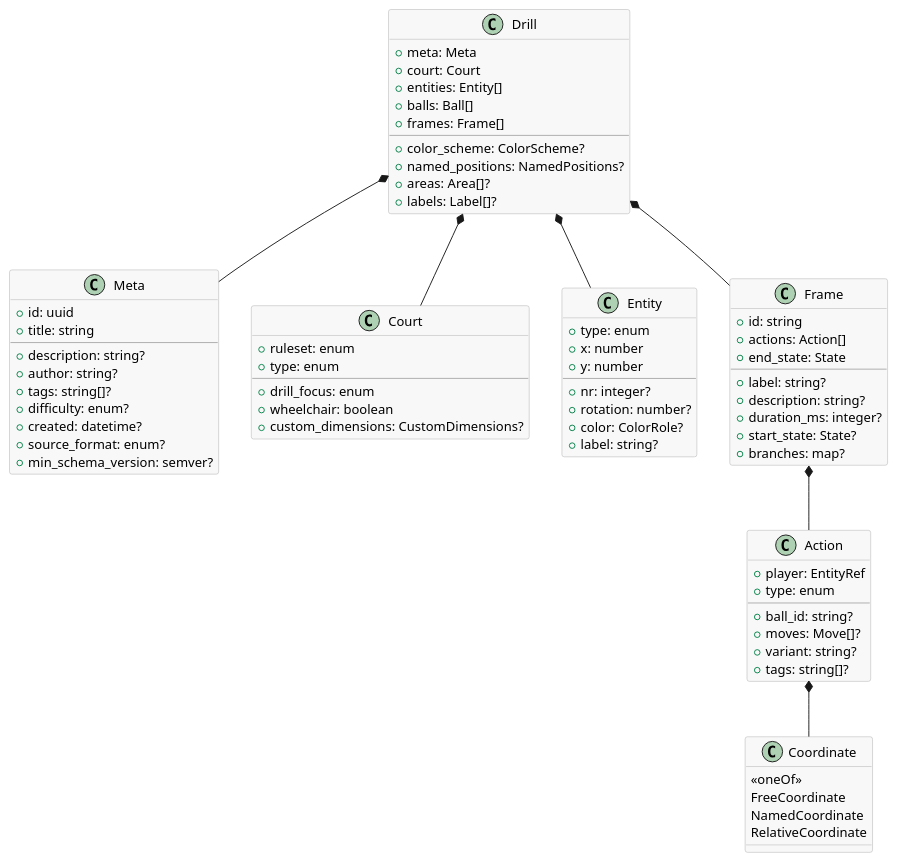
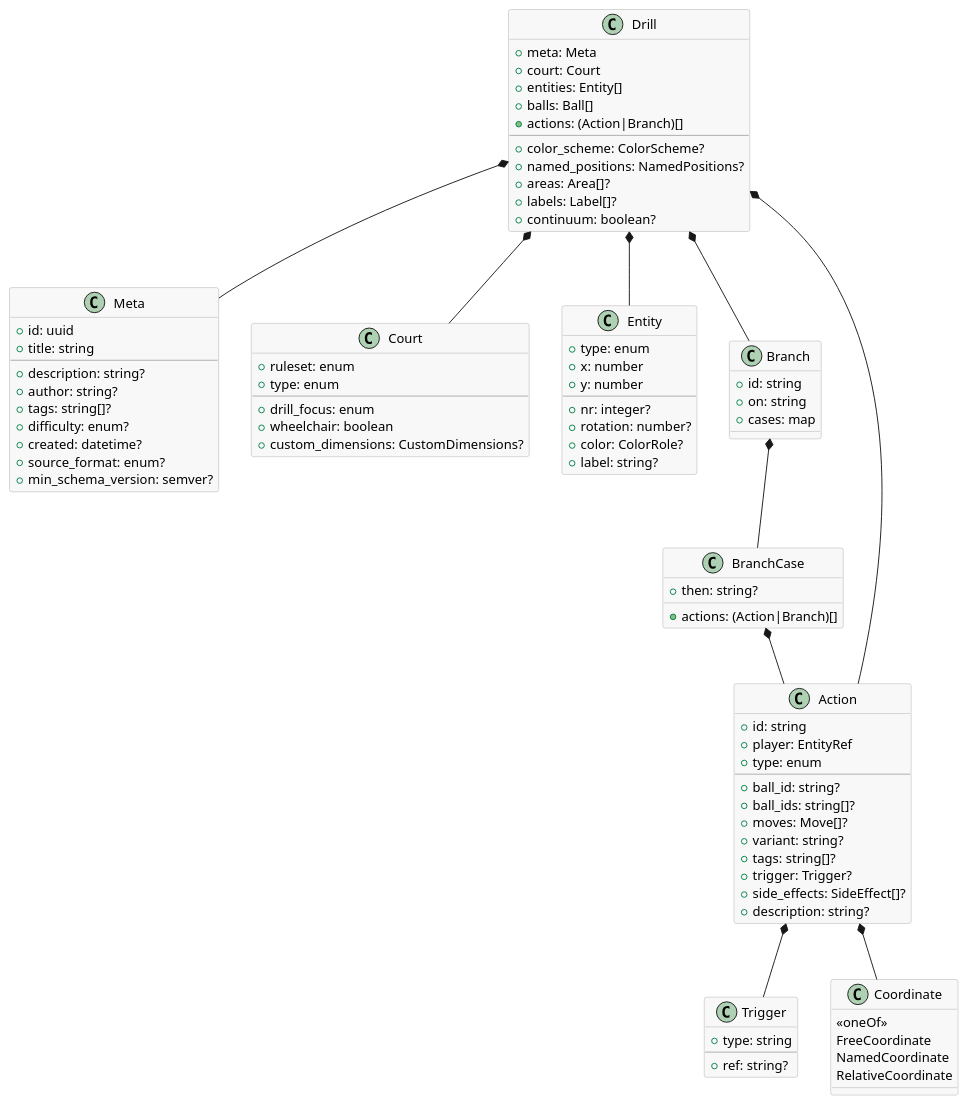
One commit to opencoachingformat/spec changed the first of 2 diagrams in docs/specification-v1.adoc. Above: the diagram before and after it, drawn with PlantUML. The commit also changed other lines of this file, not shown here.

First line of the commit message:
docs: update specification-v1.adoc for the frame-less action model (v2.0.0)

```diff
--- a/docs/specification-v1.adoc
+++ b/docs/specification-v1.adoc
@@ -1180,12 +1219,13 @@
   +court: Court
   +entities: Entity[]
   +balls: Ball[]
-  +frames: Frame[]
+  +actions: (Action|Branch)[]
   --
   +color_scheme: ColorScheme?
   +named_positions: NamedPositions?
   +areas: Area[]?
   +labels: Label[]?
+  +continuum: boolean?
 }
 
 class Meta {
@@ -1221,26 +1261,36 @@
   +label: string?
 }
 
-class Frame {
+class Branch {
   +id: string
-  +actions: Action[]
-  +end_state: State
-  --
-  +label: string?
-  +description: string?
-  +duration_ms: integer?
-  +start_state: State?
-  +branches: map?
+  +on: string
+  +cases: map
+}
+
+class BranchCase {
+  +actions: (Action|Branch)[]
+  +then: string?
 }
 
 class Action {
+  +id: string
   +player: EntityRef
   +type: enum
   --
   +ball_id: string?
+  +ball_ids: string[]?
   +moves: Move[]?
   +variant: string?
   +tags: string[]?
+  +trigger: Trigger?
+  +side_effects: SideEffect[]?
+  +description: string?
+}
+
+class Trigger {
+  +type: string
+  --
+  +ref: string?
 }
 
 class Coordinate {
@@ -1253,8 +1303,11 @@
 Drill *-- Meta
 Drill *-- Court
 Drill *-- Entity
-Drill *-- Frame
-Frame *-- Action
+Drill *-- Action
+Drill *-- Branch
+Branch *-- BranchCase
+BranchCase *-- Action
 Action *-- Coordinate
+Action *-- Trigger
 @enduml
 ....
```
